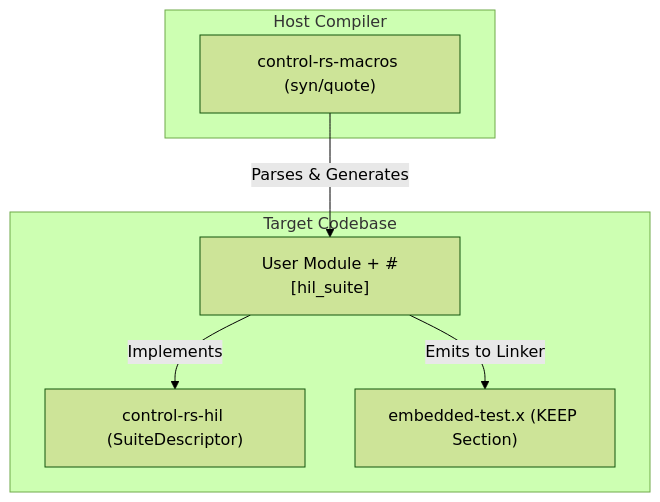
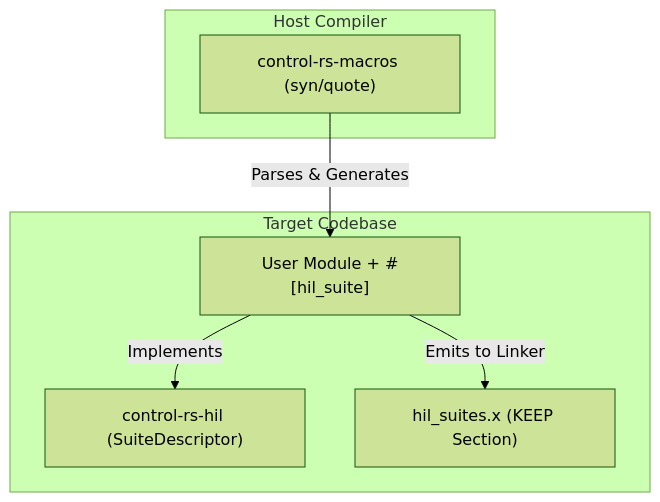
Before and after one commit to Dyse-Industries/control-rs: the diagram in documentation/xtask/design/control-rs-macros-design-doc.md, drawn with Mermaid (forest theme). The commit also changed other lines of this file and 56 other files, not shown here.

````diff
--- a/documentation/xtask/design/control-rs-macros-design-doc.md
+++ b/documentation/xtask/design/control-rs-macros-design-doc.md
@@ -69,16 +55,16 @@
 ```mermaid
 flowchart TD
     subgraph Host ["Host Compiler"]
         Macros["control-rs-macros (syn/quote)"]
     end
 
     subgraph Target ["Target Codebase"]
         UserCode["User Module + #[hil_suite]"]
         HIL["control-rs-hil (SuiteDescriptor)"]
-        LinkerScript["embedded-test.x (KEEP Section)"]
+        LinkerScript["hil_suites.x (KEEP Section)"]
     end
 
     Macros -->|Parses & Generates| UserCode
     UserCode -->|Implements| HIL
     UserCode -->|Emits to Linker| LinkerScript
 ```
````
